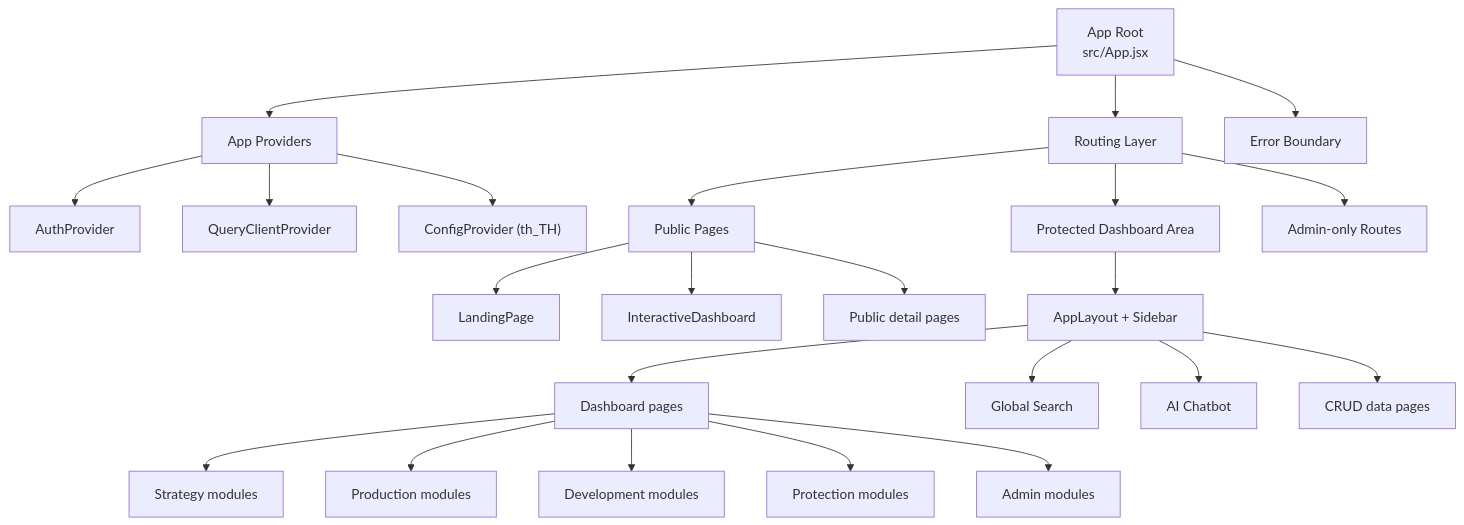
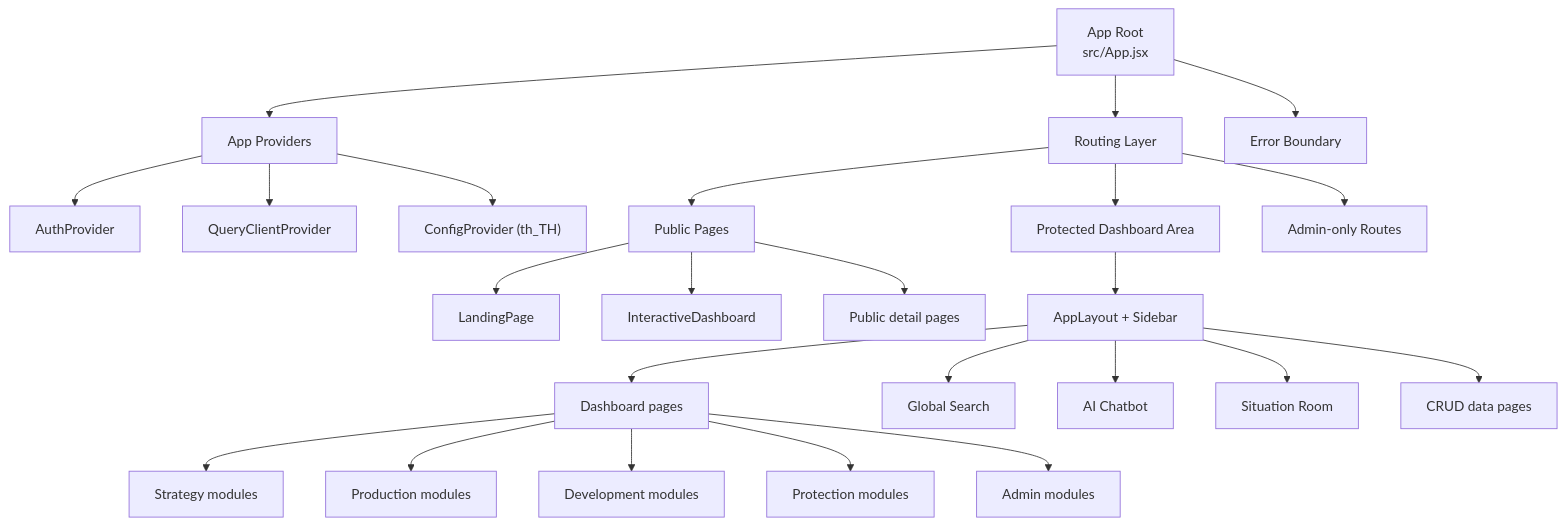
Before and after one commit to dragonfly13110/npt_dashboard: the second of 8 diagrams in docs/reference/ARCHITECTURE.md, drawn with Mermaid. The commit also changed other lines of this file and 12 other files, not shown here.

````diff
--- a/docs/reference/ARCHITECTURE.md
+++ b/docs/reference/ARCHITECTURE.md
@@ -45,32 +45,33 @@
 ```mermaid
 flowchart TD
     APP["App Root<br/>src/App.jsx"]
 
     APP --> ROUTER["Routing Layer"]
     APP --> PROVIDERS["App Providers"]
     APP --> ERROR["Error Boundary"]
 
     PROVIDERS --> AUTH["AuthProvider"]
     PROVIDERS --> QUERY["QueryClientProvider"]
     PROVIDERS --> ANTD["ConfigProvider (th_TH)"]
 
     ROUTER --> PUBLIC["Public Pages"]
     ROUTER --> PROTECTED["Protected Dashboard Area"]
     ROUTER --> ADMIN["Admin-only Routes"]
 
     PUBLIC --> LANDING["LandingPage"]
     PUBLIC --> INTERACTIVE["InteractiveDashboard"]
     PUBLIC --> PUBVIEWS["Public detail pages"]
 
     PROTECTED --> LAYOUT["AppLayout + Sidebar"]
     LAYOUT --> DASH["Dashboard pages"]
     LAYOUT --> SEARCH["Global Search"]
     LAYOUT --> CHAT["AI Chatbot"]
+    LAYOUT --> SITUATION["Situation Room"]
     LAYOUT --> CRUD["CRUD data pages"]
 
     DASH --> STRATEGY["Strategy modules"]
     DASH --> PRODUCTION["Production modules"]
     DASH --> DEVELOPMENT["Development modules"]
     DASH --> PROTECTION["Protection modules"]
     DASH --> ADMINMOD["Admin modules"]
 ```
````
